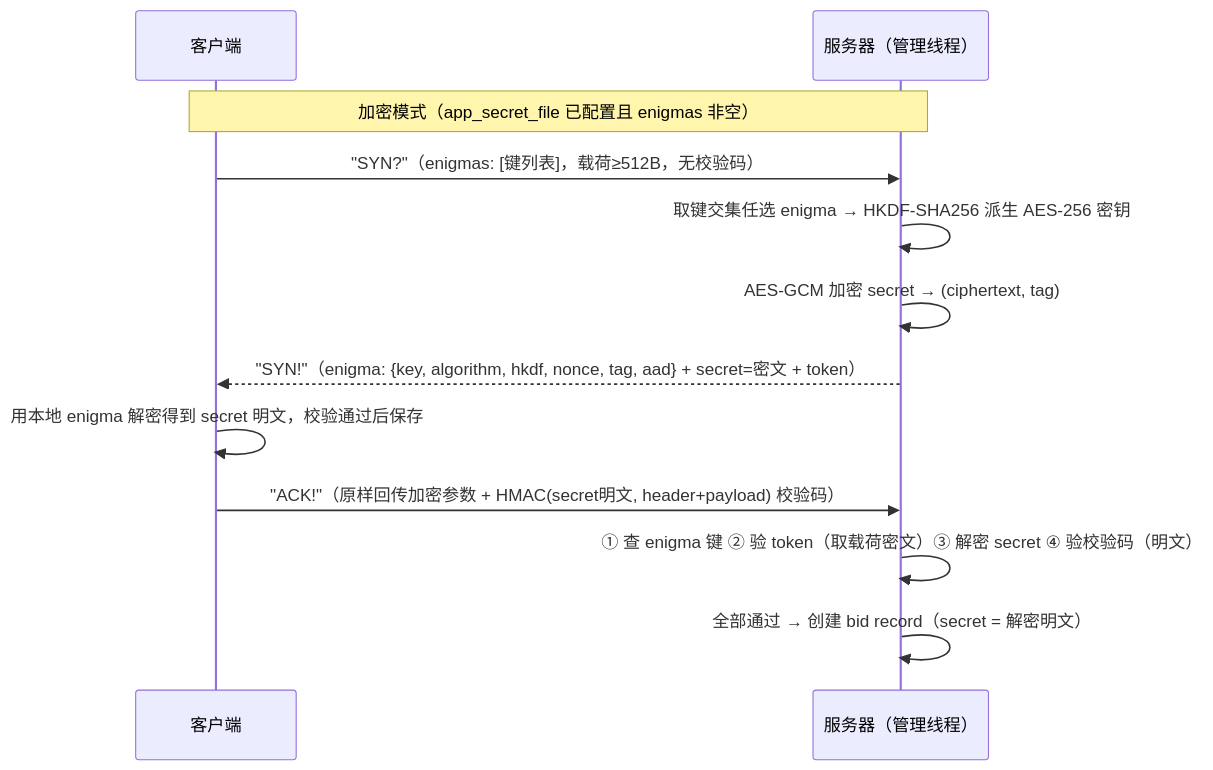
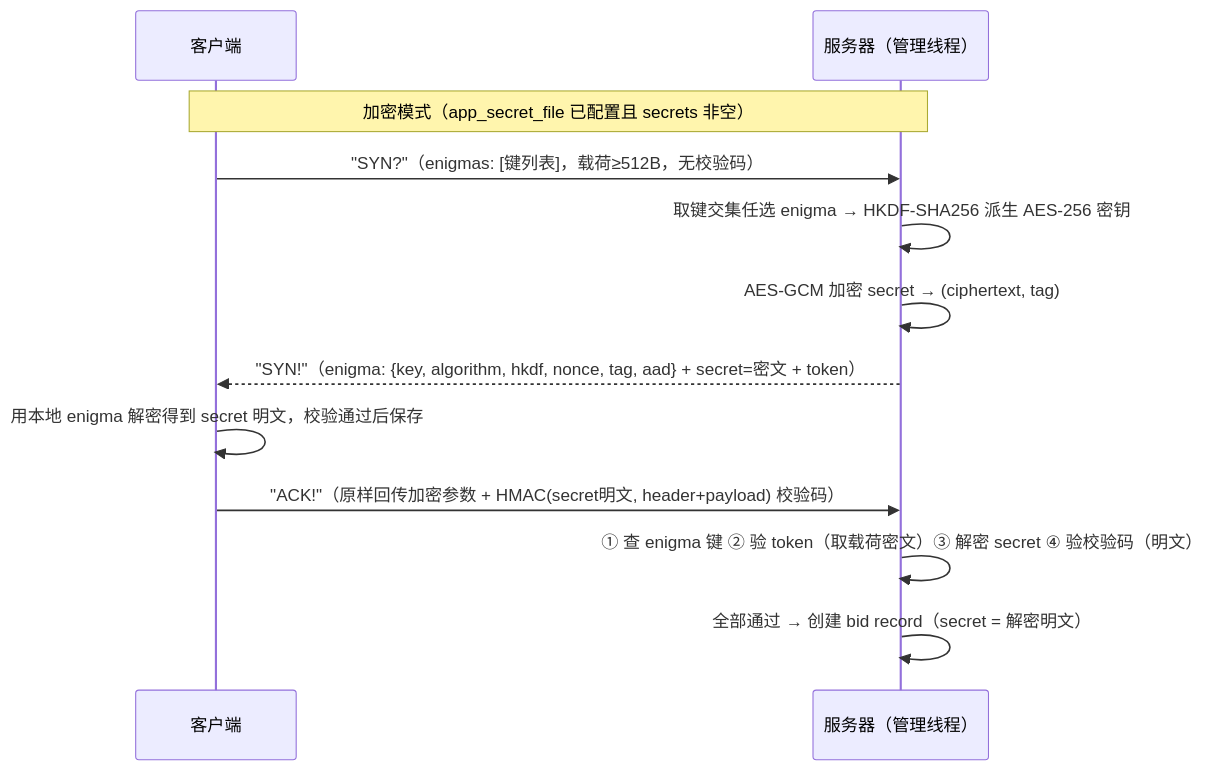
The diagram in docs/security.md (moky/magpie), drawn with Mermaid before and after one commit. The commit also changed other lines of this file and 11 other files, not shown here.

````diff
--- a/docs/security.md
+++ b/docs/security.md
@@ -96,15 +96,15 @@
 ```mermaid
 sequenceDiagram
     participant C as 客户端
     participant M as 服务器（管理线程）
 
-    Note over C,M: 加密模式（app_secret_file 已配置且 enigmas 非空）
+    Note over C,M: 加密模式（app_secret_file 已配置且 secrets 非空）
     C->>M: "SYN?"（enigmas: [键列表]，载荷≥512B，无校验码）
     M->>M: 取键交集任选 enigma → HKDF-SHA256 派生 AES-256 密钥
     M->>M: AES-GCM 加密 secret → (ciphertext, tag)
     M-->>C: "SYN!"（enigma: {key, algorithm, hkdf, nonce, tag, aad} + secret=密文 + token）
     C->>C: 用本地 enigma 解密得到 secret 明文，校验通过后保存
     C->>M: "ACK!"（原样回传加密参数 + HMAC(secret明文, header+payload) 校验码）
     M->>M: ① 查 enigma 键 ② 验 token（取载荷密文）③ 解密 secret ④ 验校验码（明文）
     M->>M: 全部通过 → 创建 bid record（secret = 解密明文）
 ```
````
